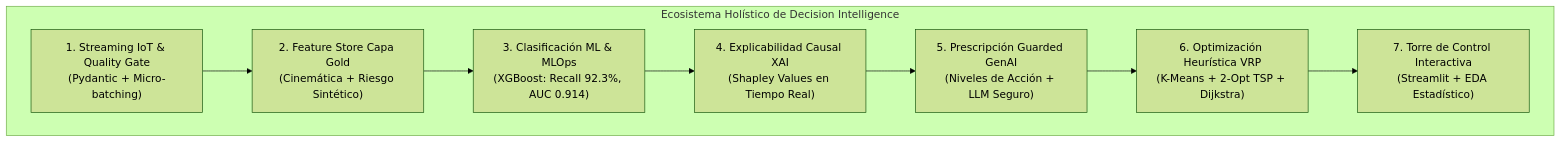
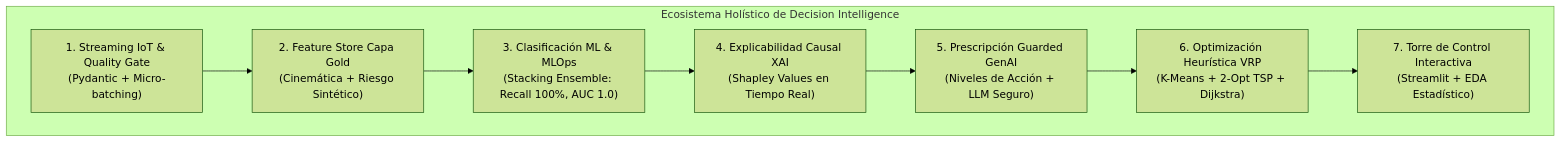
The first of 2 diagrams in docs/Cap6_TFM_Conclusiones_Limitaciones_y_Trabajo_Futuro.md (GuillenConcepcion/Smart-Logistics-4.0-Decision-Intelligence), drawn with Mermaid (forest theme) before and after one commit. The commit also changed other lines of this file and 26 other files, not shown here.

````diff
--- a/docs/Cap6_TFM_Conclusiones_Limitaciones_y_Trabajo_Futuro.md
+++ b/docs/Cap6_TFM_Conclusiones_Limitaciones_y_Trabajo_Futuro.md
@@ -17,14 +17,14 @@
 ```mermaid
 flowchart TD
     subgraph SINTESIS["Ecosistema Holístico de Decision Intelligence"]
         INGESTA["1. Streaming IoT & Quality Gate<br/>(Pydantic + Micro-batching)"]
         GOLD["2. Feature Store Capa Gold<br/>(Cinemática + Riesgo Sintético)"]
-        ML["3. Clasificación ML & MLOps<br/>(XGBoost: Recall 92.3%, AUC 0.914)"]
+        ML["3. Clasificación ML & MLOps<br/>(Stacking Ensemble: Recall 100%, AUC 1.0)"]
         XAI["4. Explicabilidad Causal XAI<br/>(Shapley Values en Tiempo Real)"]
         GENAI["5. Prescripción Guarded GenAI<br/>(Niveles de Acción + LLM Seguro)"]
         VRP["6. Optimización Heurística VRP<br/>(K-Means + 2-Opt TSP + Dijkstra)"]
         UI["7. Torre de Control Interactiva<br/>(Streamlit + EDA Estadístico)"]
     end
 
     INGESTA --> GOLD --> ML --> XAI --> GENAI --> VRP --> UI
 ```
````
